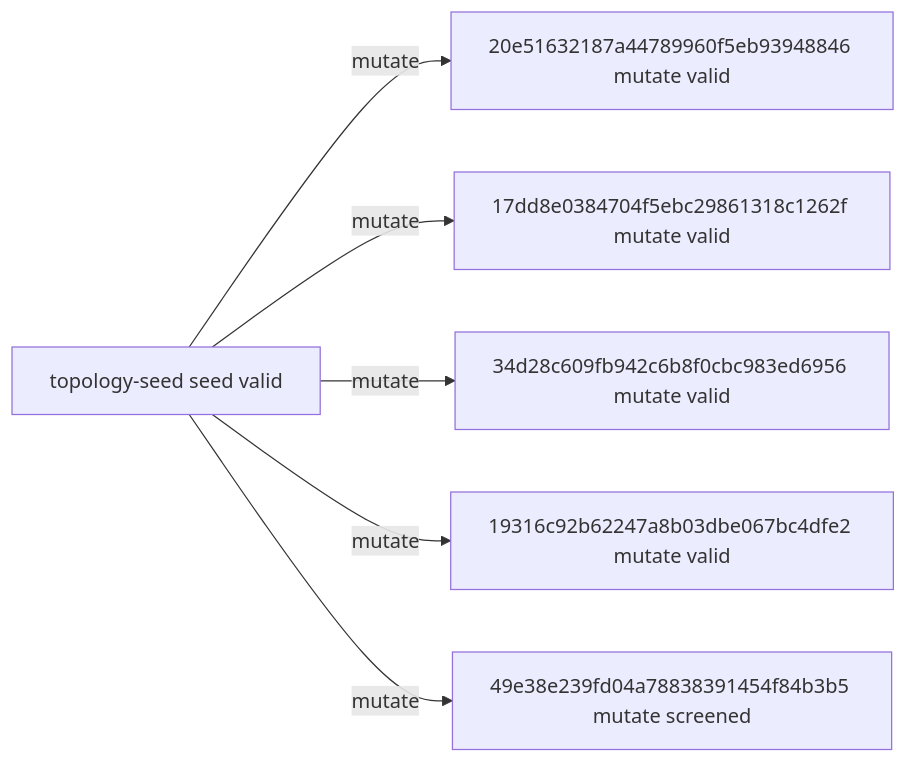
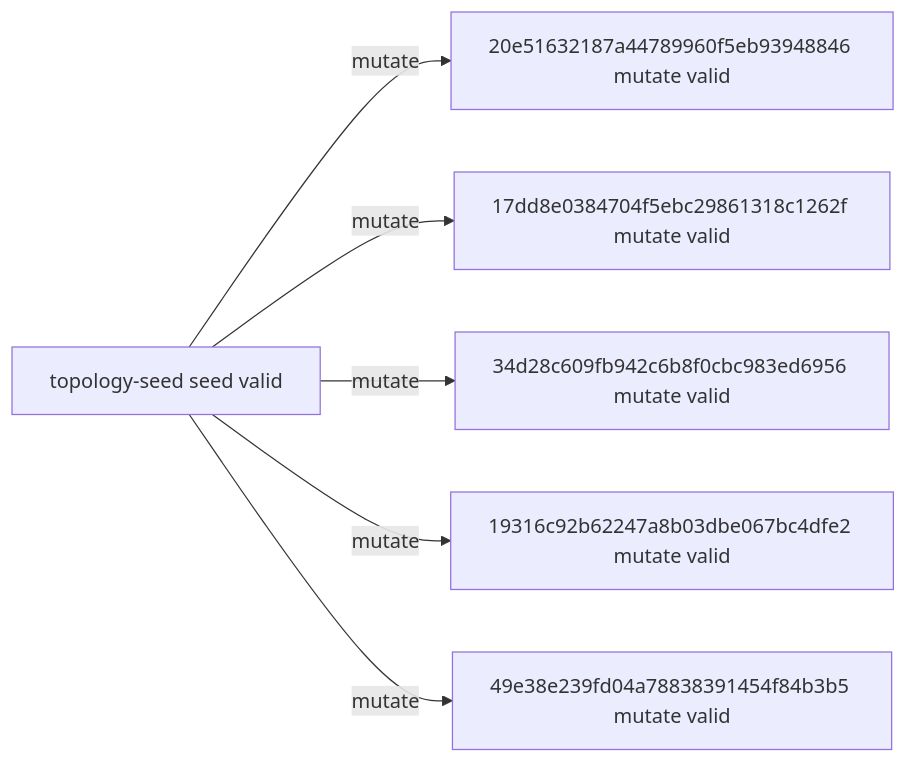
Before and after one commit to timbtz/feyer-search-lab: the diagram in experiments/campaigns/topology-smac-v1/README.md, drawn with Mermaid. The commit also changed other lines of this file and 7 other files, not shown here.

````diff
--- a/experiments/campaigns/topology-smac-v1/README.md
+++ b/experiments/campaigns/topology-smac-v1/README.md
@@ -21,14 +21,14 @@
 ```mermaid
 graph LR
   n0["topology-seed seed valid"]
   n1["20e51632187a44789960f5eb93948846 mutate valid"]
   n2["17dd8e0384704f5ebc29861318c1262f mutate valid"]
   n3["34d28c609fb942c6b8f0cbc983ed6956 mutate valid"]
   n4["19316c92b62247a8b03dbe067bc4dfe2 mutate valid"]
-  n5["49e38e239fd04a78838391454f84b3b5 mutate screened"]
+  n5["49e38e239fd04a78838391454f84b3b5 mutate valid"]
   n0 -->|mutate| n1
   n0 -->|mutate| n2
   n0 -->|mutate| n3
   n0 -->|mutate| n4
   n0 -->|mutate| n5
 ```
````
